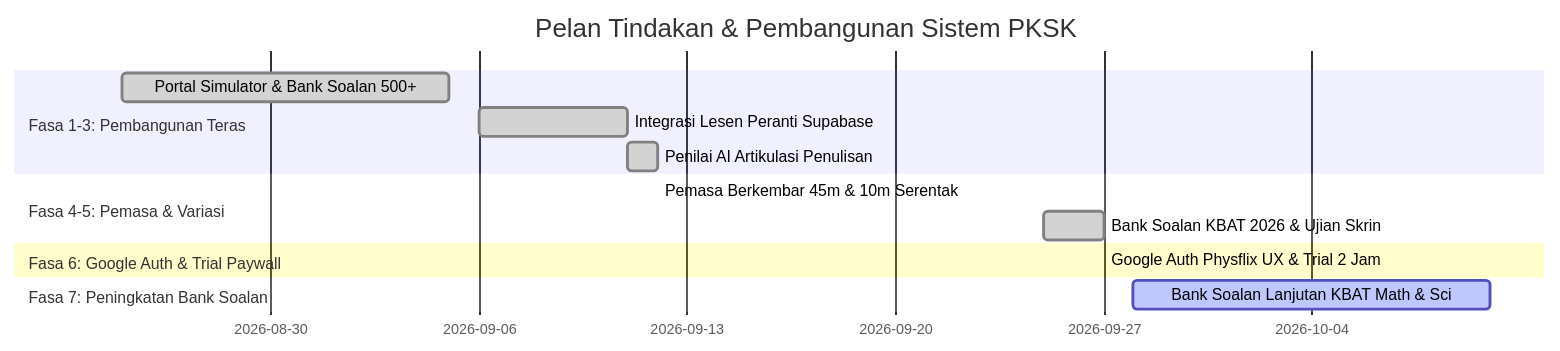
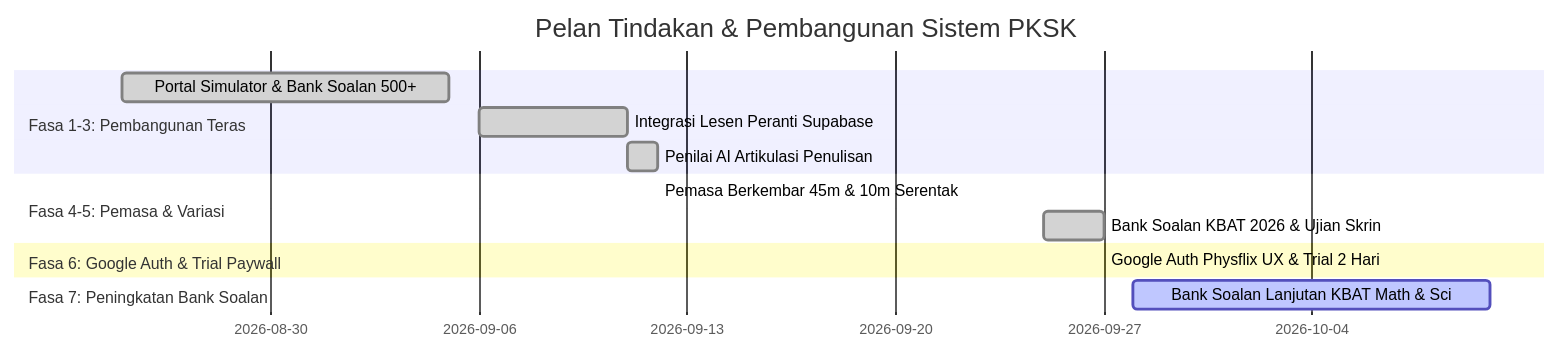
One commit to abdulhalimroslan2/PKSK changed the diagram in ROADMAP.md. Above: the diagram before and after it, drawn with Mermaid. The commit also changed other lines of this file and 5 other files, not shown here.

Commit message:
feat(trial): ubah tempoh percubaan daripada 2 jam kepada 2 hari (48 jam)

````diff
--- a/ROADMAP.md
+++ b/ROADMAP.md
@@ -10,16 +10,16 @@
 ```mermaid
 gantt
     title Pelan Tindakan & Pembangunan Sistem PKSK
     dateFormat  YYYY-MM-DD
     section Fasa 1-3: Pembangunan Teras
     Portal Simulator & Bank Soalan 500+   :done, f1, 2026-08-25, 2026-09-05
     Integrasi Lesen Peranti Supabase     :done, f2, 2026-09-06, 2026-09-11
     Penilai AI Artikulasi Penulisan      :done, f3, 2026-09-11, 2026-09-12
     section Fasa 4-5: Pemasa & Variasi
     Pemasa Berkembar 45m & 10m Serentak   :done, f4, 2026-09-12, 2026-09-12
     Bank Soalan KBAT 2026 & Ujian Skrin   :done, f5, 2026-09-25, 2026-09-27
     section Fasa 6: Google Auth & Trial Paywall
-    Google Auth Physflix UX & Trial 2 Jam :done, f6, 2026-09-27, 2026-09-27
+    Google Auth Physflix UX & Trial 2 Hari :done, f6, 2026-09-27, 2026-09-27
     section Fasa 7: Peningkatan Bank Soalan
     Bank Soalan Lanjutan KBAT Math & Sci  :active, f7, 2026-09-28, 2026-10-10
 ```
````
